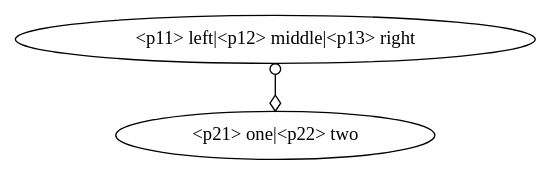
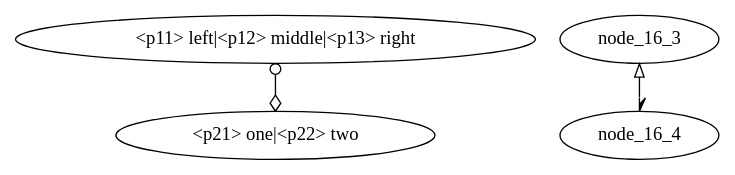
Before and after one commit to graphviz-perl/GraphViz2-Marpa: the diagram in data/16.gv, drawn with Graphviz. The commit also changed 1 other file, not shown here.

```diff
--- a/data/16.gv
+++ b/data/16.gv
@@ -1,19 +1,33 @@
 strict digraph graph_16
 {
 	node_16_1
 	[
 		label = "<p11> left|<p12> middle|<p13> right"
 	]
 
 	node_16_2
 	[
 		label = "<p21> one|<p22> two"
 	]
 
 	node_16_1:p11 -> node_16_2:p22:s
 	[
 		arrowtail = "odot",
 		arrowhead = "odiamond";
 		dir       = both;
 	];
+
+    subgraph subgraph_16_1
+    {
+        node_16_3
+
+        node_16_4;
+
+        node_16_3 -> node_16_4
+        [
+            arrowtail = "empty"
+            arrowhead = "halfopen",
+            dir       = "both",
+        ]
+    }
 }
```
